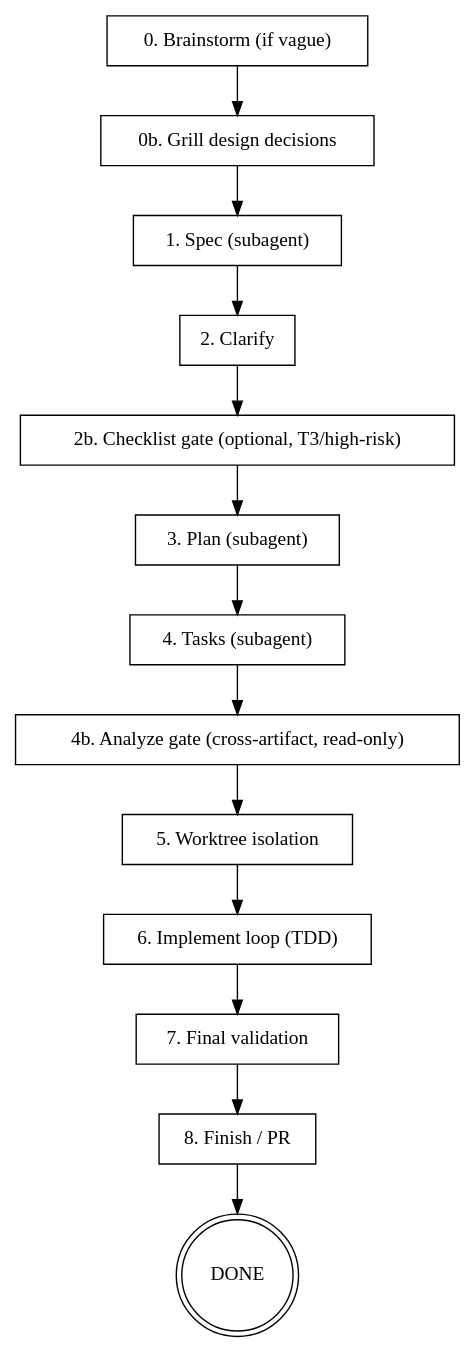
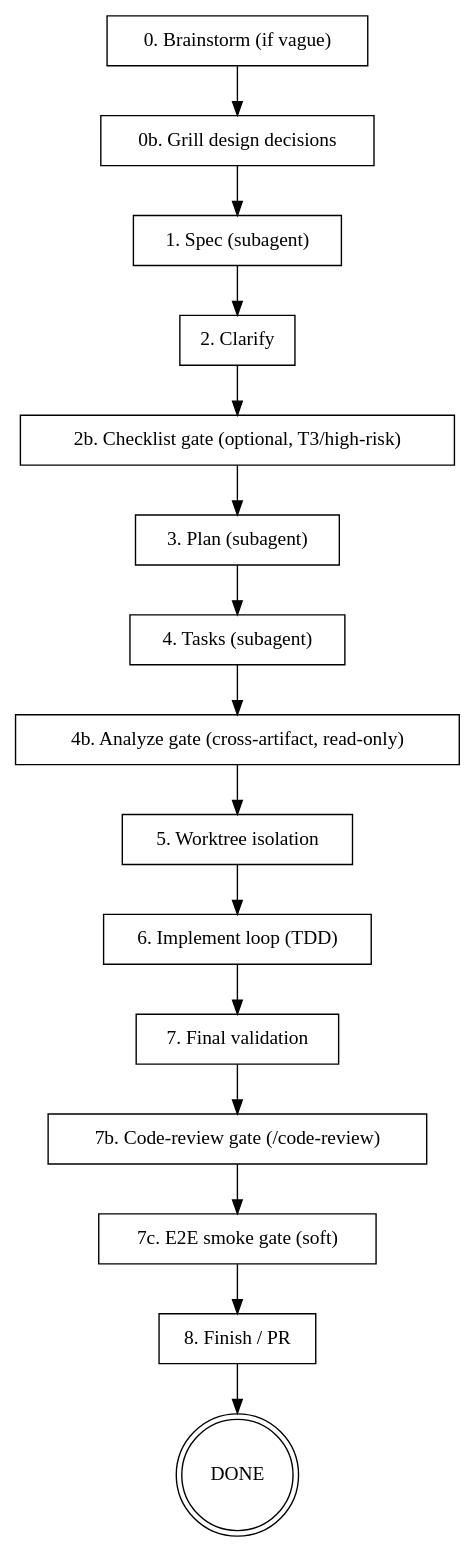
One commit to miroo93/dev-workflows changed the diagram in skills/feature/SKILL.md. Above: the diagram before and after it, drawn with Graphviz. The commit also changed other lines of this file and 5 other files, not shown here.

First line of the commit message:
Wire /code-review gate into feature, improve, and troubleshoot workflows

````diff
--- a/skills/feature/SKILL.md
+++ b/skills/feature/SKILL.md
@@ -90,31 +90,35 @@
 ```dot
 digraph pipeline {
     rankdir=TB;
     "0. Brainstorm (if vague)" [shape=box];
     "0b. Grill design decisions" [shape=box];
     "1. Spec (subagent)" [shape=box];
     "2. Clarify" [shape=box];
     "2b. Checklist gate (optional, T3/high-risk)" [shape=box];
     "3. Plan (subagent)" [shape=box];
     "4. Tasks (subagent)" [shape=box];
     "4b. Analyze gate (cross-artifact, read-only)" [shape=box];
     "5. Worktree isolation" [shape=box];
     "6. Implement loop (TDD)" [shape=box];
     "7. Final validation" [shape=box];
+    "7b. Code-review gate (/code-review)" [shape=box];
+    "7c. E2E smoke gate (soft)" [shape=box];
     "8. Finish / PR" [shape=box];
     "DONE" [shape=doublecircle];
 
     "0. Brainstorm (if vague)" -> "0b. Grill design decisions";
     "0b. Grill design decisions" -> "1. Spec (subagent)";
     "1. Spec (subagent)" -> "2. Clarify";
     "2. Clarify" -> "2b. Checklist gate (optional, T3/high-risk)";
     "2b. Checklist gate (optional, T3/high-risk)" -> "3. Plan (subagent)";
     "3. Plan (subagent)" -> "4. Tasks (subagent)";
     "4. Tasks (subagent)" -> "4b. Analyze gate (cross-artifact, read-only)";
     "4b. Analyze gate (cross-artifact, read-only)" -> "5. Worktree isolation";
     "5. Worktree isolation" -> "6. Implement loop (TDD)";
     "6. Implement loop (TDD)" -> "7. Final validation";
-    "7. Final validation" -> "8. Finish / PR";
+    "7. Final validation" -> "7b. Code-review gate (/code-review)";
+    "7b. Code-review gate (/code-review)" -> "7c. E2E smoke gate (soft)";
+    "7c. E2E smoke gate (soft)" -> "8. Finish / PR";
     "8. Finish / PR" -> "DONE";
 }
 ```
````
